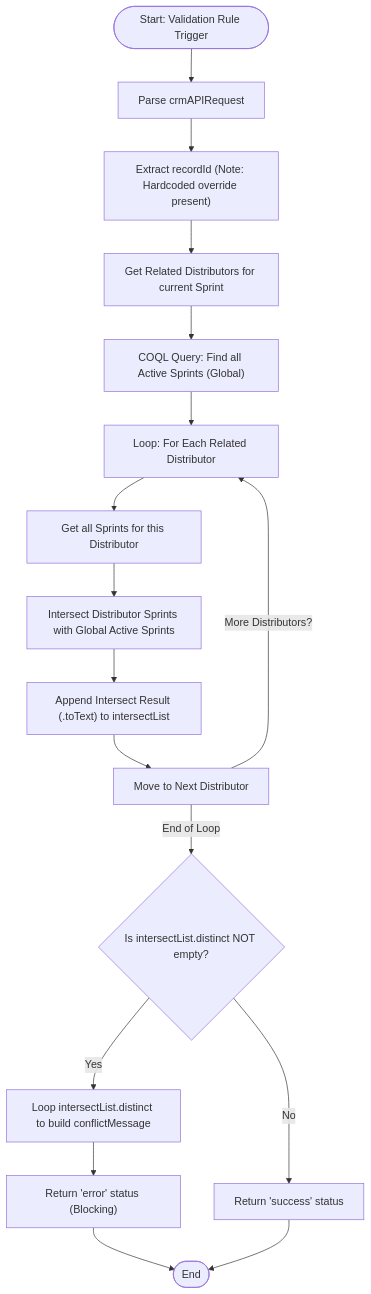
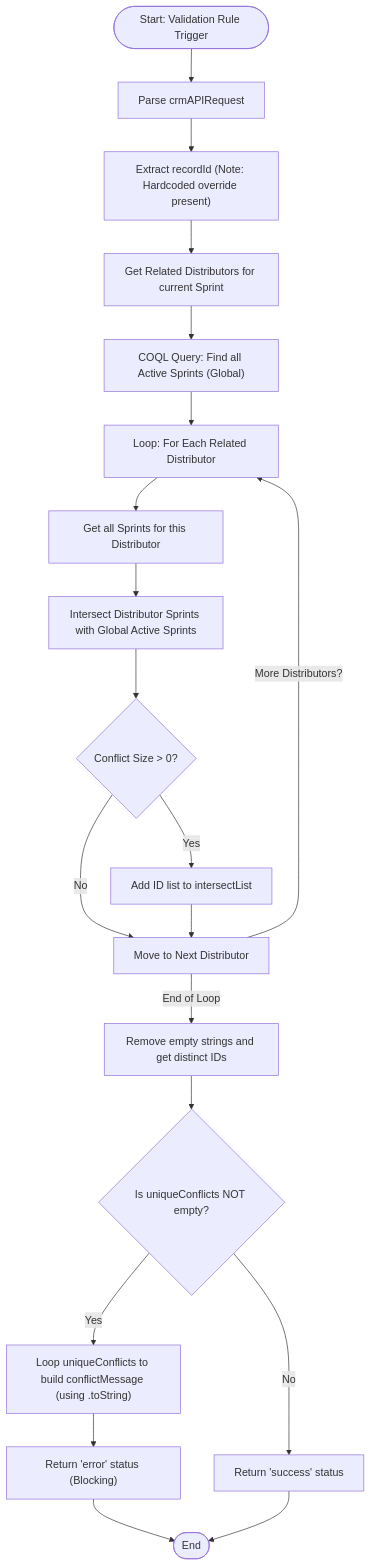
Before and after one commit to martinkp93/zoho-scripts: the diagram in scripts/sendToActiveCampaignLimit/sendToActiveCampaignLimit.md, drawn with Mermaid. The commit also changed other lines of this file, not shown here.

````diff
--- a/scripts/sendToActiveCampaignLimit/sendToActiveCampaignLimit.md
+++ b/scripts/sendToActiveCampaignLimit/sendToActiveCampaignLimit.md
@@ -31,19 +31,22 @@
 ```mermaid
 graph TD
     Start(["Start: Validation Rule Trigger"]) --> Parse["Parse crmAPIRequest"]
     Parse --> GetID["Extract recordId (Note: Hardcoded override present)"]
     GetID --> GetDistributors["Get Related Distributors for current Sprint"]
     GetDistributors --> COQL["COQL Query: Find all Active Sprints (Global)"]
     COQL --> LoopDistributors["Loop: For Each Related Distributor"]
     LoopDistributors --> GetDistributorSprints["Get all Sprints for this Distributor"]
     GetDistributorSprints --> Intersect["Intersect Distributor Sprints with Global Active Sprints"]
-    Intersect --> Append["Append Intersect Result (.toText) to intersectList"]
+    Intersect --> HasConflict{"Conflict Size > 0?"}
+    HasConflict -- "Yes" --> Append["Add ID list to intersectList"]
+    HasConflict -- "No" --> NextDistributor
     Append --> NextDistributor["Move to Next Distributor"]
     NextDistributor -- "More Distributors?" --> LoopDistributors
-    NextDistributor -- "End of Loop" --> FinalCheck{"Is intersectList.distinct NOT empty?"}
-    FinalCheck -- "Yes" --> BuildMsg["Loop intersectList.distinct to build conflictMessage"]
+    NextDistributor -- "End of Loop" --> Clean["Remove empty strings and get distinct IDs"]
+    Clean --> FinalCheck{"Is uniqueConflicts NOT empty?"}
+    FinalCheck -- "Yes" --> BuildMsg["Loop uniqueConflicts to build conflictMessage (using .toString)"]
     BuildMsg --> Error["Return 'error' status (Blocking)"]
     FinalCheck -- "No" --> Success["Return 'success' status"]
     Error --> End(["End"])
     Success --> End
 ```
````
